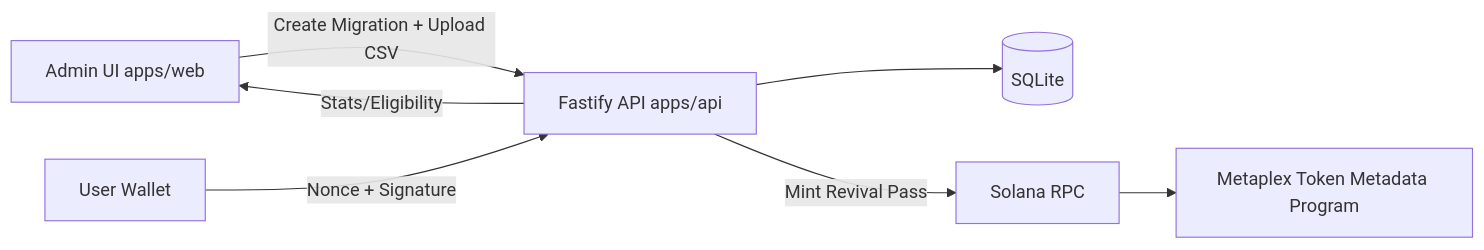
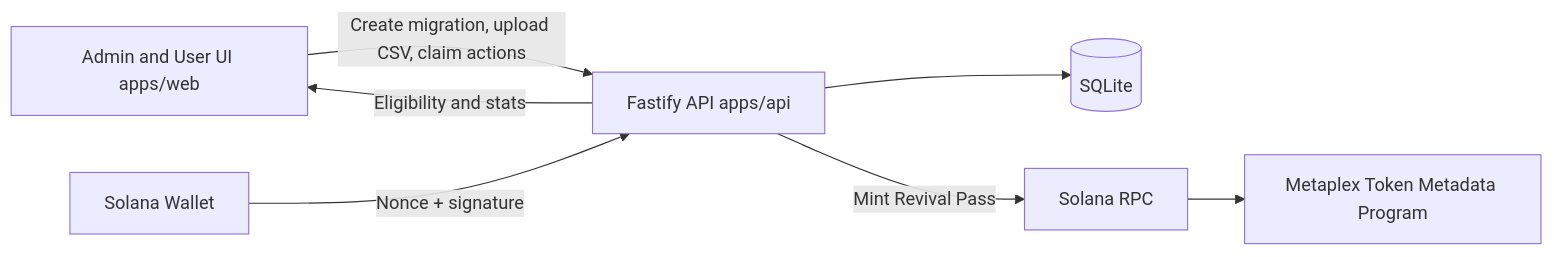
The first of 2 diagrams in README.md (femmudas/revivepass), drawn with Mermaid before and after one commit. The commit also changed other lines of this file, not shown here.

````diff
--- a/README.md
+++ b/README.md
@@ -34,9 +36,9 @@
 ```mermaid
 flowchart LR
-  A[Admin UI apps/web] -->|Create Migration + Upload CSV| B[Fastify API apps/api]
+  A[Admin and User UI apps/web] -->|Create migration, upload CSV, claim actions| B[Fastify API apps/api]
   B --> C[(SQLite)]
-  D[User Wallet] -->|Nonce + Signature| B
+  D[Solana Wallet] -->|Nonce + signature| B
   B -->|Mint Revival Pass| E[Solana RPC]
   E --> F[Metaplex Token Metadata Program]
-  B -->|Stats/Eligibility| A
+  B -->|Eligibility and stats| A
 ```
````
